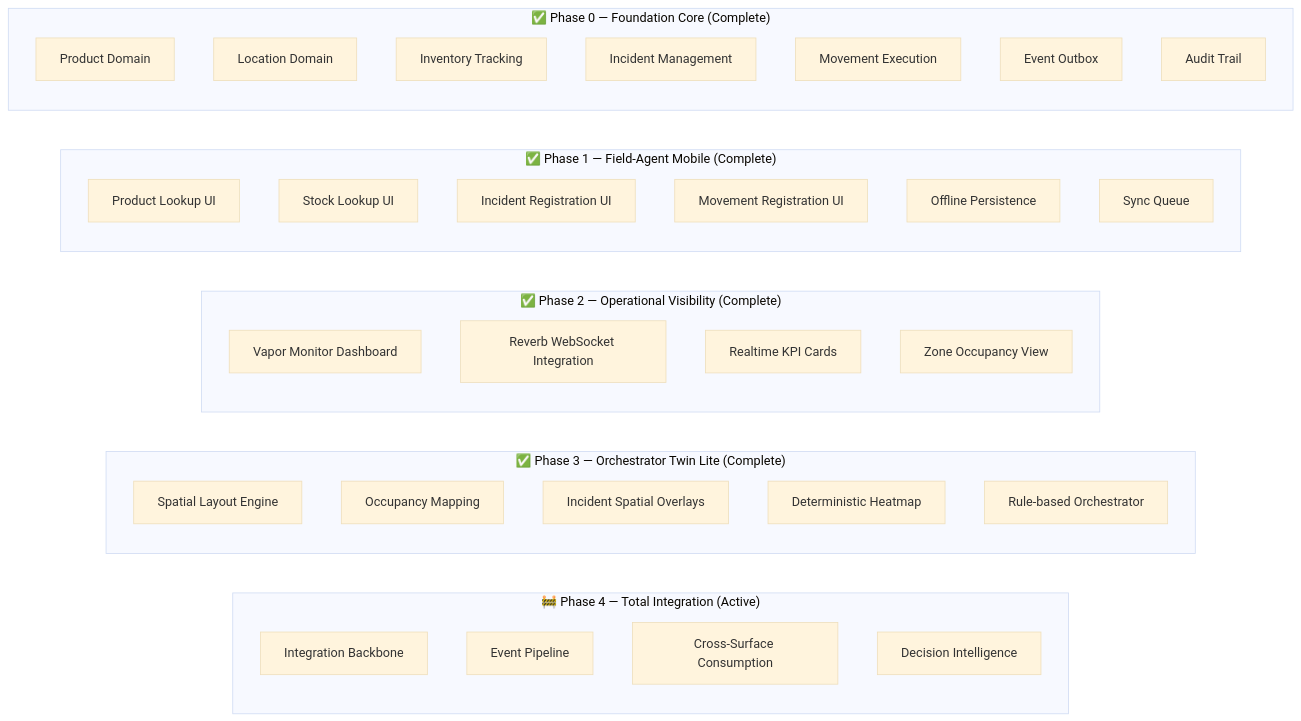
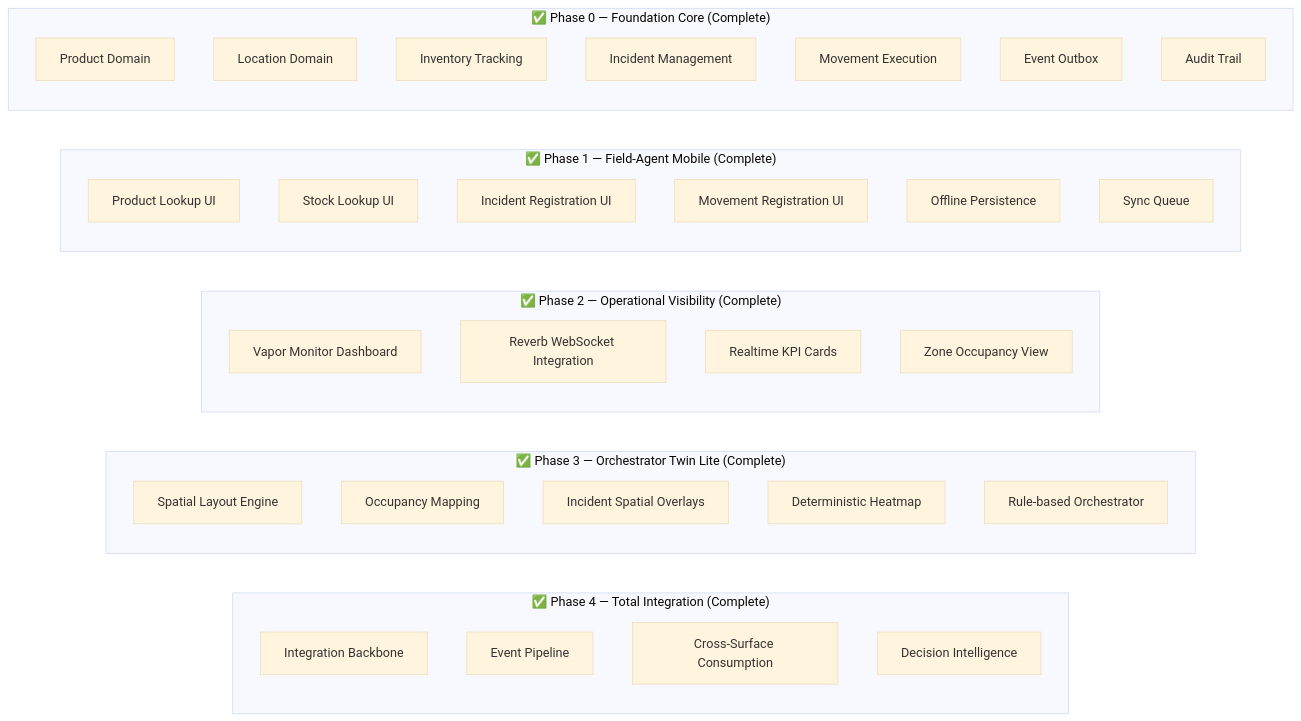
Before and after one commit to h-builds/nexus-wms: the fifth of 5 diagrams in README.md, drawn with Mermaid (base theme). The commit also changed other lines of this file, not shown here.

Commit message:
docs(readme): update diagrams, surfaces, and testing achievements for Phase 4

````diff
--- a/README.md
+++ b/README.md
@@ -188,53 +188,53 @@
 ```mermaid
 flowchart TB
     subgraph Phase0 ["✅ Phase 0 — Foundation Core (Complete)"]
         direction TB
         P["Product Domain"]
         L["Location Domain"]
         I["Inventory Tracking"]
         IR["Incident Management"]
         MT["Movement Execution"]
         EV["Event Outbox"]
         AU["Audit Trail"]
     end
 
     subgraph Phase1 ["✅ Phase 1 — Field-Agent Mobile (Complete)"]
         direction TB
         PL["Product Lookup UI"]
         SL["Stock Lookup UI"]
         IReg["Incident Registration UI"]
         MReg["Movement Registration UI"]
         OFF["Offline Persistence"]
         SYN["Sync Queue"]
     end
 
     subgraph Phase2 ["✅ Phase 2 — Operational Visibility (Complete)"]
         direction TB
         VM["Vapor Monitor Dashboard"]
         REV["Reverb WebSocket Integration"]
         KPI["Realtime KPI Cards"]
         OCC["Zone Occupancy View"]
     end
 
     subgraph Phase3 ["✅ Phase 3 — Orchestrator Twin Lite (Complete)"]
         direction TB
         SP["Spatial Layout Engine"]
         OM["Occupancy Mapping"]
         IM["Incident Spatial Overlays"]
         HM["Deterministic Heatmap"]
         RS["Rule-based Orchestrator"]
     end
 
-    subgraph Phase4 ["🚧 Phase 4 — Total Integration (Active)"]
+    subgraph Phase4 ["✅ Phase 4 — Total Integration (Complete)"]
         direction TB
         IB["Integration Backbone"]
         EP["Event Pipeline"]
         CSC["Cross-Surface Consumption"]
         DIL["Decision Intelligence"]
     end
 
     Phase0 ~~~ Phase1
     Phase1 ~~~ Phase2
     Phase2 ~~~ Phase3
     Phase3 ~~~ Phase4
 ```
````
